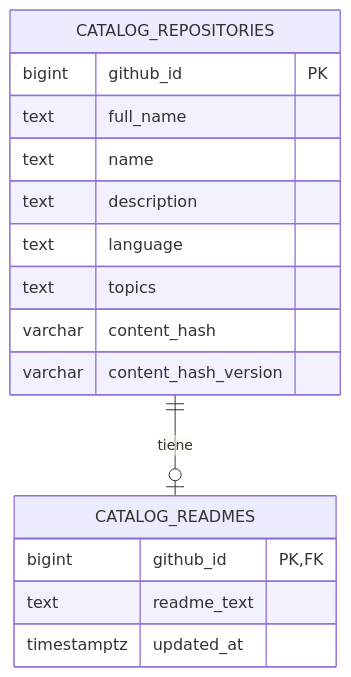
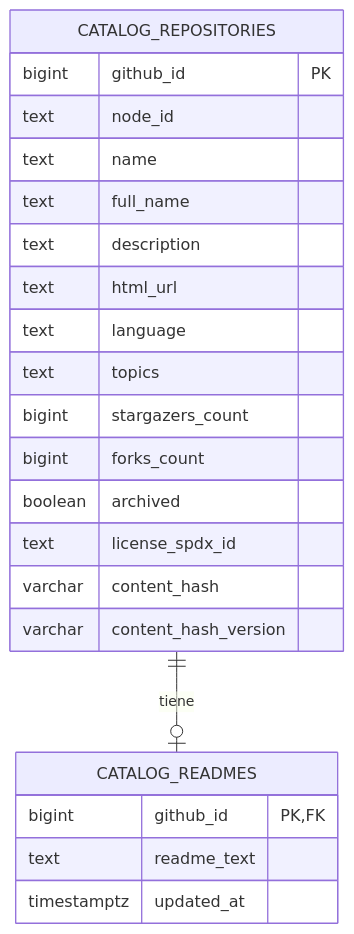
The third of 3 diagrams in OpenBridge_Data.md (No-Country-simulation/S10_26_EQUIPO_29), drawn with Mermaid before and after one commit. The commit also changed other lines of this file, not shown here.

````diff
--- a/OpenBridge_Data.md
+++ b/OpenBridge_Data.md
@@ -149,21 +187,27 @@
 ```mermaid
 erDiagram
     CATALOG_REPOSITORIES ||--o| CATALOG_READMES : "tiene"
 
     CATALOG_REPOSITORIES {
         bigint github_id PK
+        text node_id
+        text name
         text full_name
-        text name
         text description
+        text html_url
         text language
         text topics
+        bigint stargazers_count
+        bigint forks_count
+        boolean archived
+        text license_spdx_id
         varchar content_hash
         varchar content_hash_version
     }
 
     CATALOG_READMES {
         bigint github_id PK, FK
         text readme_text
         timestamptz updated_at
     }
 ```
````
